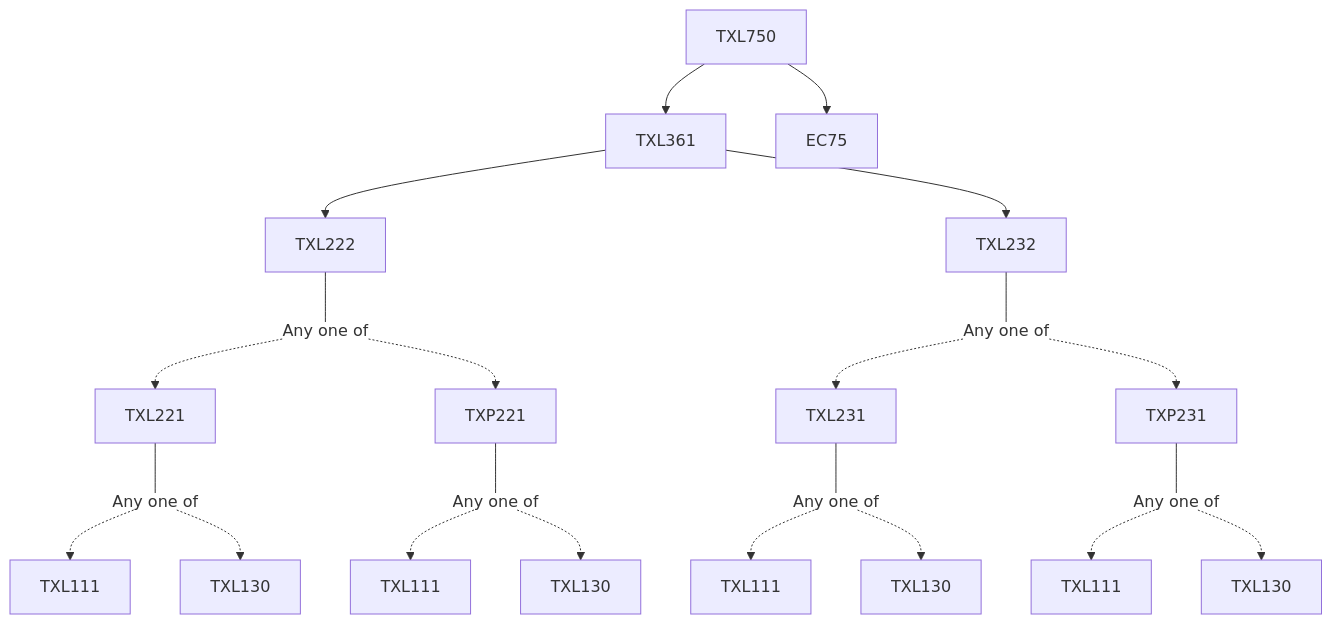
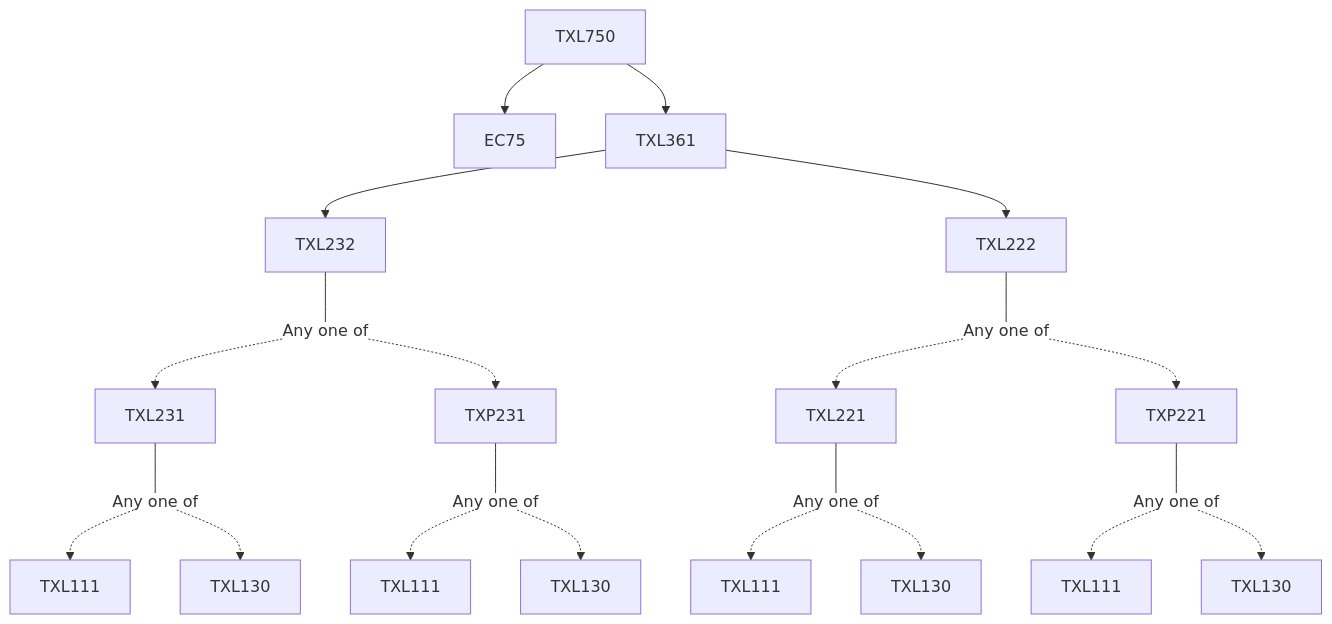
One commit to KeshavBansal0122/CoS_Website changed the diagram in content/Textile and Fibre Engineering/TXL750.md. Above: the diagram before and after it, drawn with Mermaid. The commit also changed other lines of this file and 392 other files, not shown here.

````diff
--- a/content/Textile and Fibre Engineering/TXL750.md
+++ b/content/Textile and Fibre Engineering/TXL750.md
@@ -13,29 +13,29 @@
 ```mermaid
 flowchart TD
 TXL750-812[TXL750]
 TXL222-812 --- Or813[Any one of]:::empty
+Or813 -.-> TXL221-814[TXL221]
 TXL221-814 --- Or815[Any one of]:::empty
 Or815 -.-> TXL111-816[TXL111]
 Or815 -.-> TXL130-817[TXL130]
-Or813 -.-> TXL221-814[TXL221]
 Or813 -.-> TXP221-818[TXP221]
 TXP221-818 --- Or819[Any one of]:::empty
 Or819 -.-> TXL111-820[TXL111]
 Or819 -.-> TXL130-821[TXL130]
+TXL750-812 --> EC75-812[EC75]
+TXL361-812 --> TXL232-812[TXL232]
 TXL232-812 --- Or822[Any one of]:::empty
+Or822 -.-> TXL231-823[TXL231]
 TXL231-823 --- Or824[Any one of]:::empty
 Or824 -.-> TXL111-825[TXL111]
 Or824 -.-> TXL130-826[TXL130]
-Or822 -.-> TXL231-823[TXL231]
 Or822 -.-> TXP231-827[TXP231]
 TXP231-827 --- Or828[Any one of]:::empty
 Or828 -.-> TXL111-829[TXL111]
 Or828 -.-> TXL130-830[TXL130]
 TXL361-812 --> TXL222-812[TXL222]
-TXL750-812 --> EC75-812[EC75]
-TXL361-812 --> TXL232-812[TXL232]
 TXL750-812 --> TXL361-812[TXL361]
 
 classDef empty height:17px, fill:transparent, stroke:transparent;
 classDef trueEmpty height:0px, width:0px;
 ```
````
